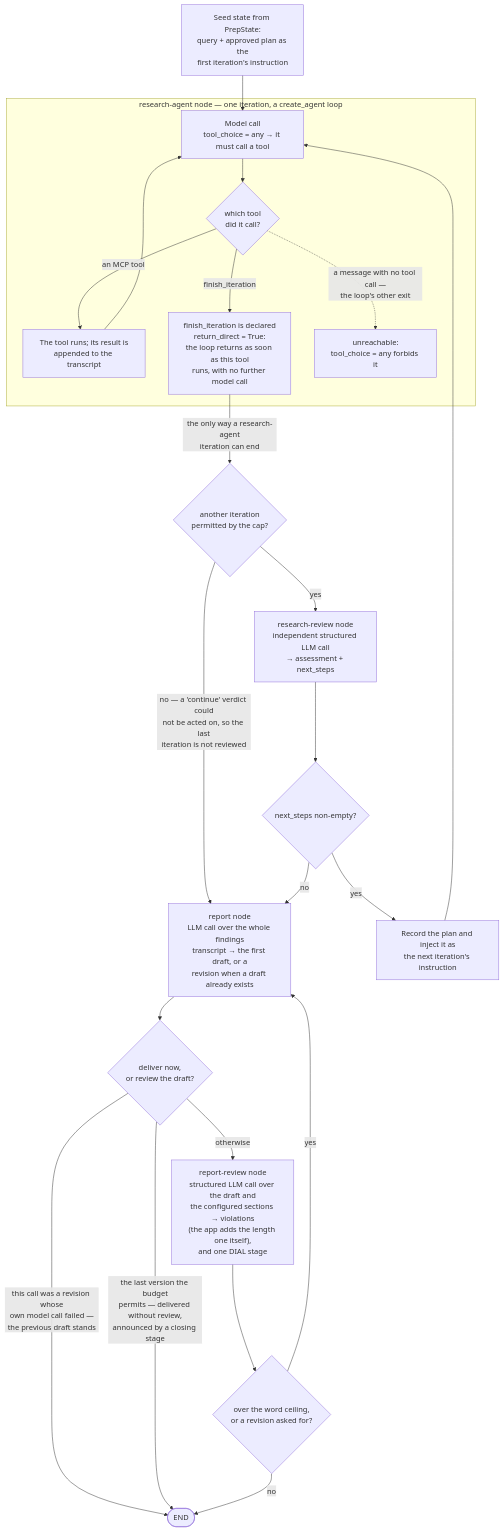
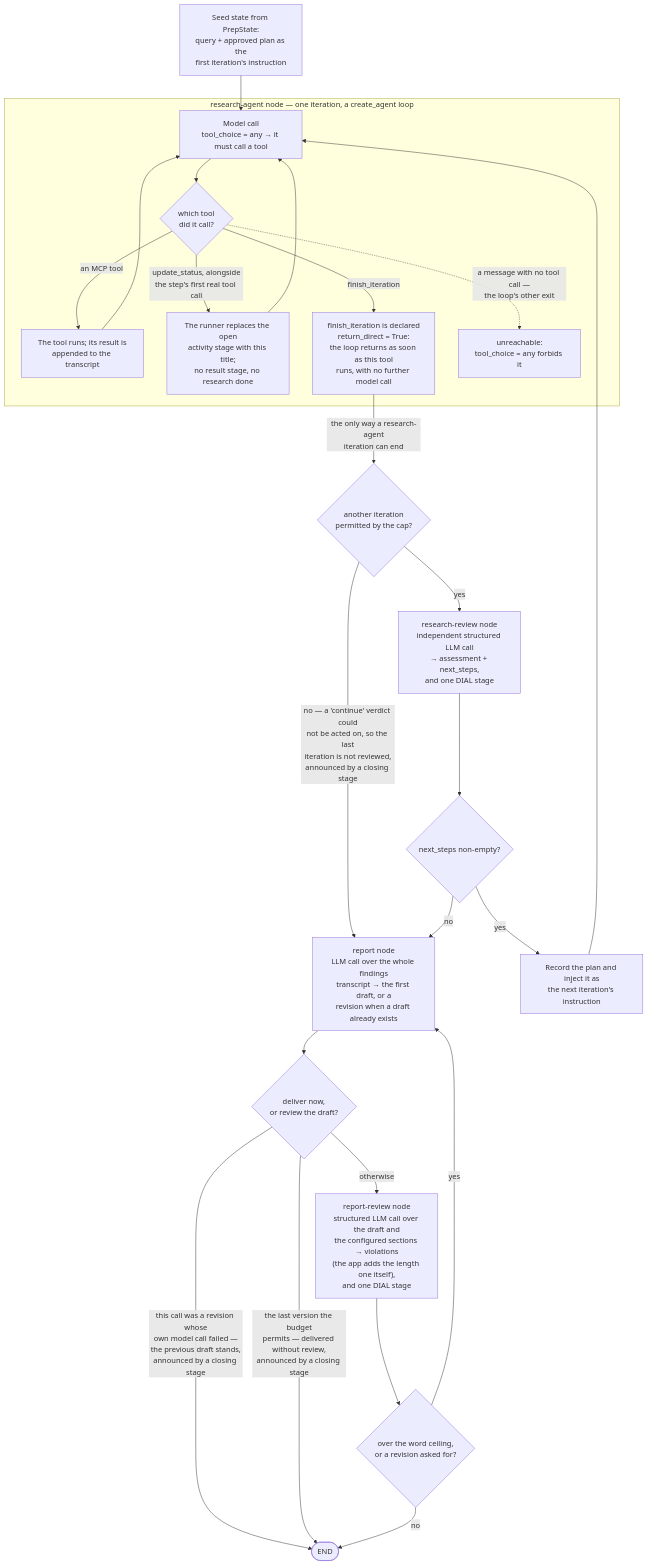
One commit to epam/ai-dial-deep-research-backend changed the second of 2 diagrams in docs/architecture.md. Above: the diagram before and after it, drawn with Mermaid. The commit also changed other lines of this file and 36 other files, not shown here.

````diff
--- a/docs/architecture.md
+++ b/docs/architecture.md
@@ -123,28 +123,30 @@
 ```mermaid
 flowchart TD
     seed["Seed state from PrepState:<br/>query + approved plan as the<br/>first iteration's instruction"] --> model
 
     subgraph research_agent_sub["research-agent node — one iteration, a create_agent loop"]
         model["Model call<br/>tool_choice = any → it must call a tool"]
         model --> which{"which tool<br/>did it call?"}
         which -->|"an MCP tool"| mcp["The tool runs; its result is<br/>appended to the transcript"]
         mcp --> model
+        which -->|"update_status, alongside<br/>the step's first real tool call"| status["The runner replaces the open<br/>activity stage with this title;<br/>no result stage, no research done"]
+        status --> model
         which -->|"finish_iteration"| fin["finish_iteration is declared<br/>return_direct = True:<br/>the loop returns as soon as this tool<br/>runs, with no further model call"]
         which -.->|"a message with no tool call —<br/>the loop's other exit"| blocked["unreachable:<br/>tool_choice = any forbids it"]
     end
 
     fin -->|"the only way a research-agent<br/>iteration can end"| itgate{"another iteration<br/>permitted by the cap?"}
-    itgate -->|yes| research_review["research-review node<br/>independent structured LLM call<br/>→ assessment + next_steps"]
-    itgate -->|"no — a 'continue' verdict could<br/>not be acted on, so the last<br/>iteration is not reviewed"| report
+    itgate -->|yes| research_review["research-review node<br/>independent structured LLM call<br/>→ assessment + next_steps,<br/>and one DIAL stage"]
+    itgate -->|"no — a 'continue' verdict could<br/>not be acted on, so the last<br/>iteration is not reviewed,<br/>announced by a closing stage"| report
     research_review --> route{"next_steps non-empty?"}
     route -->|yes| nextplan["Record the plan and inject it as<br/>the next iteration's instruction"]
     nextplan --> model
     route -->|no| report["report node<br/>LLM call over the whole findings<br/>transcript → the first draft, or a<br/>revision when a draft already exists"]
     report --> afterreport{"deliver now,<br/>or review the draft?"}
-    afterreport -->|"this call was a revision whose<br/>own model call failed —<br/>the previous draft stands"| finaldone(["END"])
+    afterreport -->|"this call was a revision whose<br/>own model call failed —<br/>the previous draft stands,<br/>announced by a closing stage"| finaldone(["END"])
     afterreport -->|"the last version the budget<br/>permits — delivered without review,<br/>announced by a closing stage"| finaldone
     afterreport -->|"otherwise"| report_review["report-review node<br/>structured LLM call over the draft and<br/>the configured sections → violations<br/>(the app adds the length one itself),<br/>and one DIAL stage"]
     report_review --> reroute{"over the word ceiling,<br/>or a revision asked for?"}
     reroute -->|yes| report
     reroute -->|no| finaldone
 ```
````
